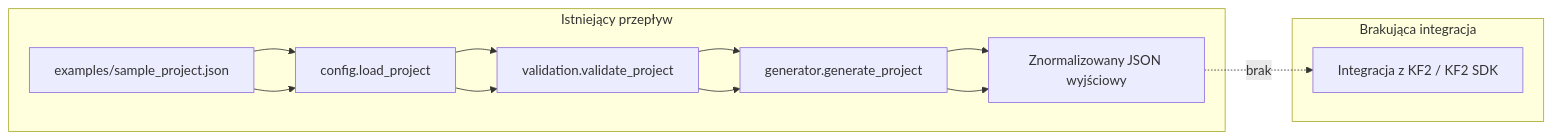
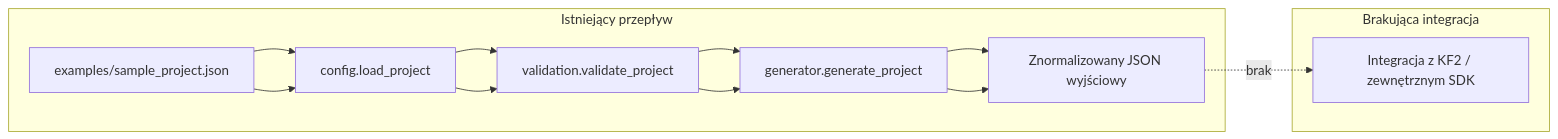
The first of 2 diagrams in ARCHITECTURE_KF2.md (Rotherw/Gpt), drawn with Mermaid before and after one commit. The commit also changed other lines of this file and 1 other file, not shown here.

````diff
--- a/ARCHITECTURE_KF2.md
+++ b/ARCHITECTURE_KF2.md
@@ -157,16 +157,16 @@
 ```mermaid
 flowchart LR
     A[examples/sample_project.json] --> B[config.load_project]
     B --> C[validation.validate_project]
     C --> D[generator.generate_project]
     D --> E[Znormalizowany JSON wyjściowy]
-    E -. brak .-> F[Integracja z KF2 / KF2 SDK]
+    E -. brak .-> F[Integracja z KF2 / zewnętrznym SDK]
 
     subgraph Istniejący przepływ
         A --> B --> C --> D --> E
     end
 
     subgraph Brakująca integracja
         F
     end
 ```
````
